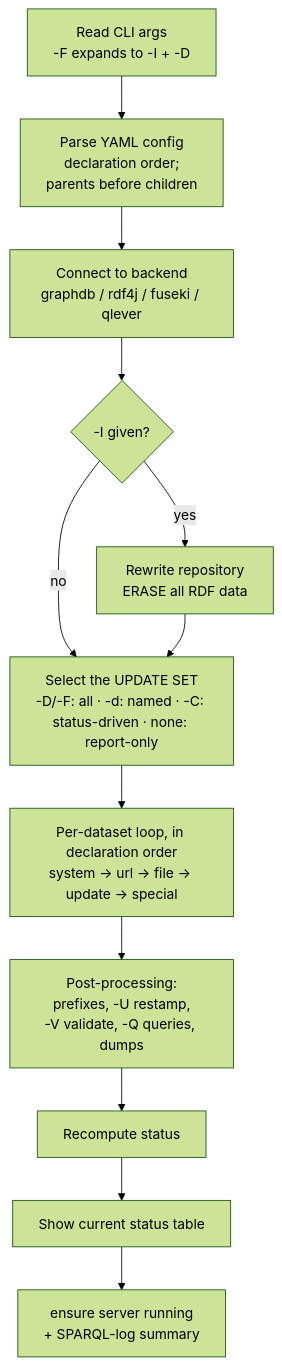
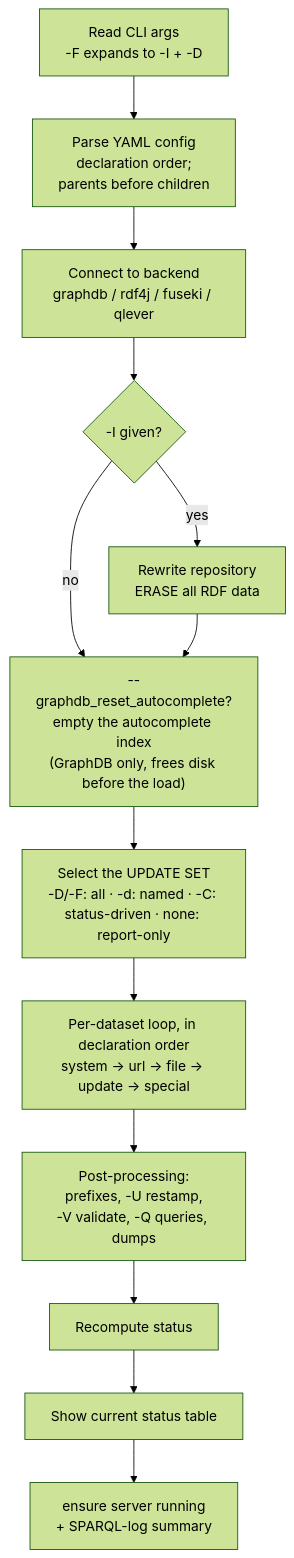
Before and after one commit to sib-swiss/kgsteward: the first of 2 diagrams in doc/execution_model.md, drawn with Mermaid (forest theme). The commit also changed 5 other files, not shown here.

````diff
--- a/doc/execution_model.md
+++ b/doc/execution_model.md
@@ -16,14 +16,15 @@
 ```mermaid
 flowchart TD
     A[Read CLI args<br/>-F expands to -I + -D] --> B[Parse YAML config<br/>declaration order;<br/>parents before children]
     B --> C[Connect to backend<br/>graphdb / rdf4j / fuseki / qlever]
     C --> D{-I given?}
     D -- yes --> E[Rewrite repository<br/>ERASE all RDF data]
-    D -- no --> F
-    E --> F[Select the UPDATE SET<br/>-D/-F: all · -d: named · -C: status-driven · none: report-only]
+    D -- no --> R
+    E --> R["--graphdb_reset_autocomplete?<br/>empty the autocomplete index<br/>(GraphDB only, frees disk before the load)"]
+    R --> F[Select the UPDATE SET<br/>-D/-F: all · -d: named · -C: status-driven · none: report-only]
     F --> H[Per-dataset loop, in declaration order<br/>system → url → file → update → special]
     H --> I[Post-processing:<br/>prefixes, -U restamp,<br/>-V validate, -Q queries, dumps]
     I --> J[Recompute status]
     J --> K[Show current status table]
     K --> L[ensure server running<br/>+ SPARQL-log summary]
 ```
````
